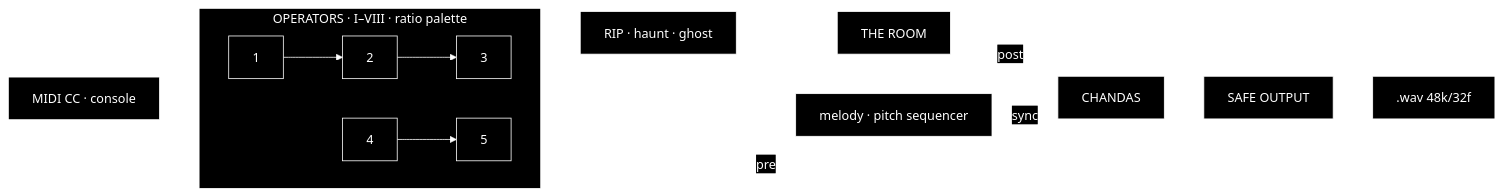
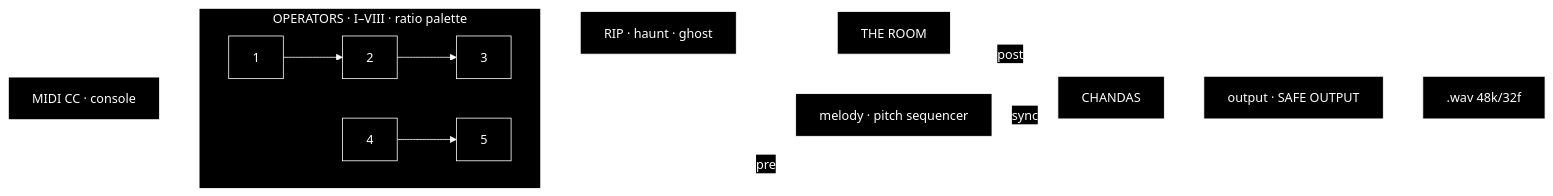
One commit to akindoflikeness/bypomono changed the diagram in README.md. Above: the diagram before and after it, drawn with Mermaid. The commit also changed other lines of this file and 17 other files, not shown here.

````diff
--- a/README.md
+++ b/README.md
@@ -138,18 +138,18 @@
 ```mermaid
 %%{init: {"theme":"base","themeVariables":{"primaryColor":"#000000","primaryTextColor":"#ffffff","primaryBorderColor":"#ffffff","lineColor":"#ffffff","secondaryColor":"#000000","tertiaryColor":"#000000","background":"#000000","clusterBkg":"#000000","clusterBorder":"#ffffff","edgeLabelBackground":"#000000"}}}%%
 flowchart LR
   subgraph OPS["OPERATORS · I–VIII · ratio palette"]
     direction LR
     O1["1"] --> O2["2"] --> O3["3"]
     O4["4"] --> O5["5"]
   end
   OPS --> RIP["RIP · haunt · ghost"]
   RIP --> ROOM["THE ROOM"]
   ROOM --> CH["CHANDAS"]
   OPS -. pre .-> CH
   ROOM -. post .-> CH
   SEQ["melody · pitch sequencer"] -. sync .-> CH
-  CH --> LIM["SAFE OUTPUT"]
+  CH --> LIM["output · SAFE OUTPUT"]
   LIM --> OUT[".wav 48k/32f"]
   MIDI["MIDI CC · console"] -.-> OPS
 ```
````
